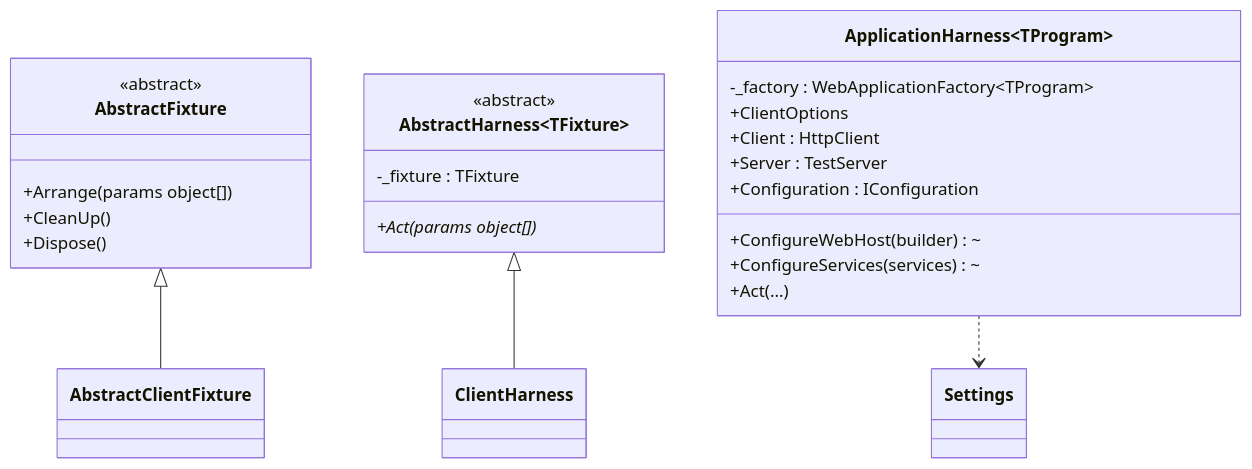
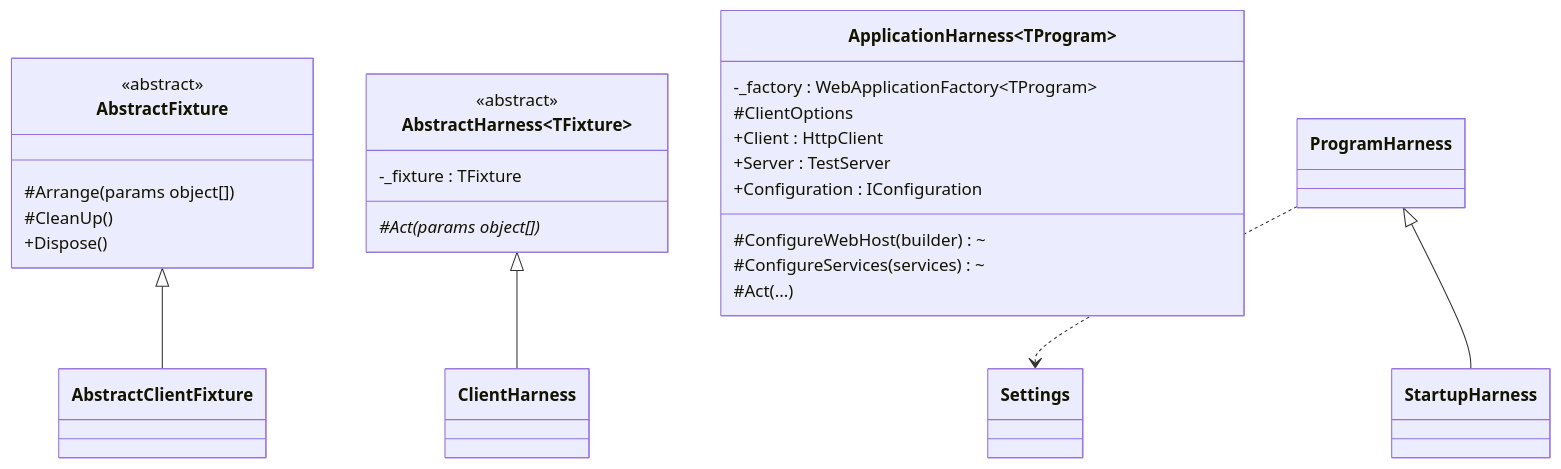
One commit to john-maurer/Maurer.XUnit.Utilities changed the first of 3 diagrams in README.md. Above: the diagram before and after it, drawn with Mermaid. The commit also changed other lines of this file, not shown here.

Commit message:
Update diagram

````diff
--- a/README.md
+++ b/README.md
@@ -121,27 +121,28 @@
 ```mermaid
 classDiagram
 class AbstractFixture {
   <<abstract>>
-  +Arrange(params object[])
-  +CleanUp()
+  #Arrange(params object[])
+  #CleanUp()
   +Dispose()
 }
 class AbstractHarness~TFixture~ {
   <<abstract>>
   -_fixture : TFixture
-  +Act(params object[])*
+  #Act(params object[])*
 }
 class ApplicationHarness~TProgram~ {
   -_factory : WebApplicationFactory~TProgram~
-  +ConfigureWebHost(builder)~
-  +ConfigureServices(services)~
-  +ClientOptions
-  +Act(...)
+  #ConfigureWebHost(builder)~
+  #ConfigureServices(services)~
+  #ClientOptions
+  #Act(...)
   +Client : HttpClient
   +Server : TestServer
   +Configuration : IConfiguration
 }
 AbstractHarness <|-- ClientHarness
 AbstractFixture <|-- AbstractClientFixture
-ApplicationHarness ..> Settings
+ProgramHarness ..> Settings
+ProgramHarness <|-- StartupHarness
 ```
````
